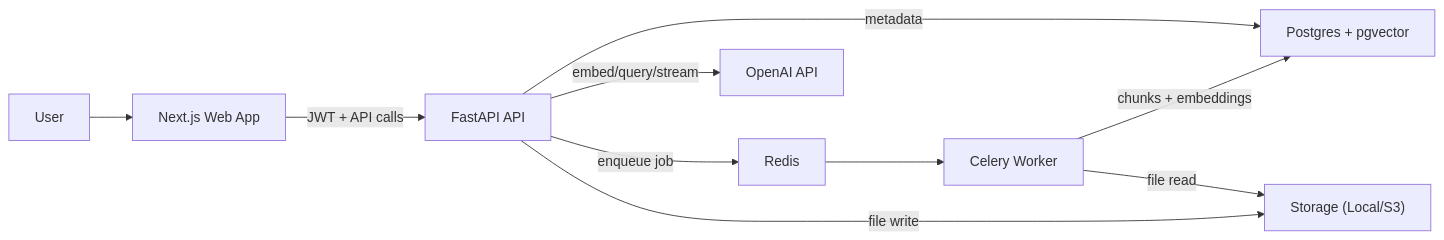
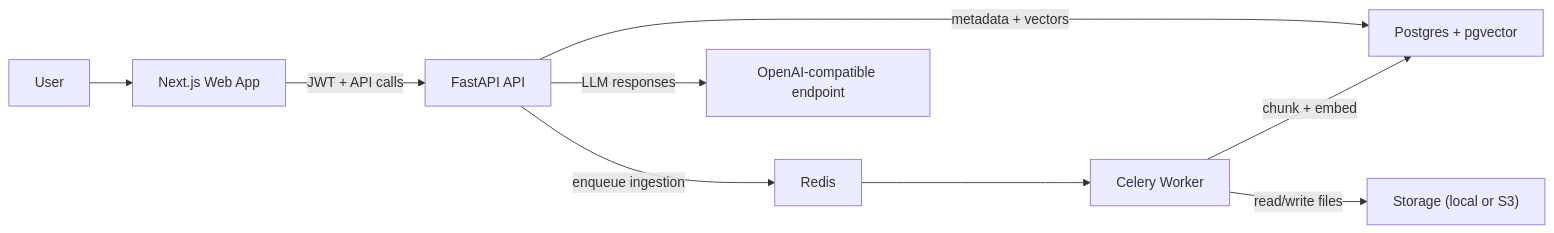
Before and after one commit to kenshiro-17/RAG-App: the diagram in README.md, drawn with Mermaid. The commit also changed other lines of this file and 15 other files, not shown here.

````diff
--- a/README.md
+++ b/README.md
@@ -44,12 +69,11 @@
 ```mermaid
 flowchart LR
     U["User"] --> W["Next.js Web App"]
-    W -->|"JWT + API calls"| A["FastAPI API"]
-    A -->|"metadata"| P["Postgres + pgvector"]
-    A -->|"enqueue job"| R["Redis"]
+    W -->|JWT + API calls| A["FastAPI API"]
+    A -->|metadata + vectors| P["Postgres + pgvector"]
+    A -->|enqueue ingestion| R["Redis"]
     R --> C["Celery Worker"]
-    C -->|"chunks + embeddings"| P
-    C -->|"file read"| S["Storage (Local/S3)"]
-    A -->|"file write"| S
-    A -->|"embed/query/stream"| O["OpenAI API"]
+    C -->|chunk + embed| P
+    C -->|read/write files| S["Storage (local or S3)"]
+    A -->|LLM responses| O["OpenAI-compatible endpoint"]
 ```
````
